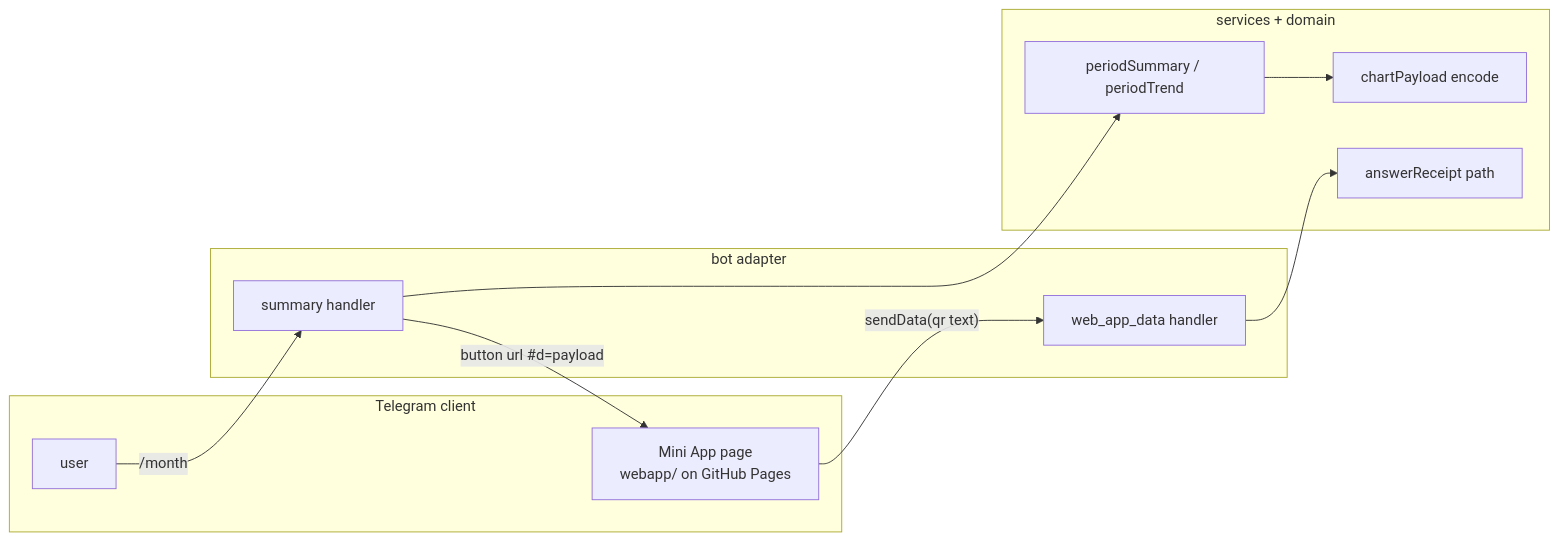
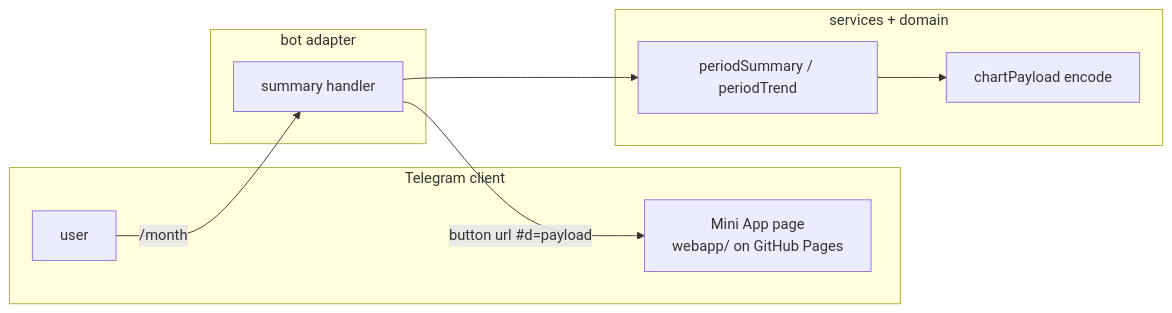
Before and after one commit to IgorKonovalov/personal_expenses_bot: the diagram in docs/plans/0030-mini-app-charts-and-qr-scan.md, drawn with Mermaid. The commit also changed other lines of this file and 4 other files, not shown here.

````diff
--- a/docs/plans/0030-mini-app-charts-and-qr-scan.md
+++ b/docs/plans/0030-mini-app-charts-and-qr-scan.md
@@ -44,19 +42,16 @@
 ```mermaid
 flowchart LR
   subgraph TG[Telegram client]
     U[user]
     P[Mini App page<br/>webapp/ on GitHub Pages]
   end
   subgraph Bot[bot adapter]
     S[summary handler]
-    W[web_app_data handler]
   end
   subgraph Core[services + domain]
     PS[periodSummary / periodTrend]
     CP[chartPayload encode]
-    R[answerReceipt path]
   end
   U -- /month --> S --> PS --> CP
   S -- "button url #d=payload" --> P
-  P -- "sendData(qr text)" --> W --> R
 ```
````
